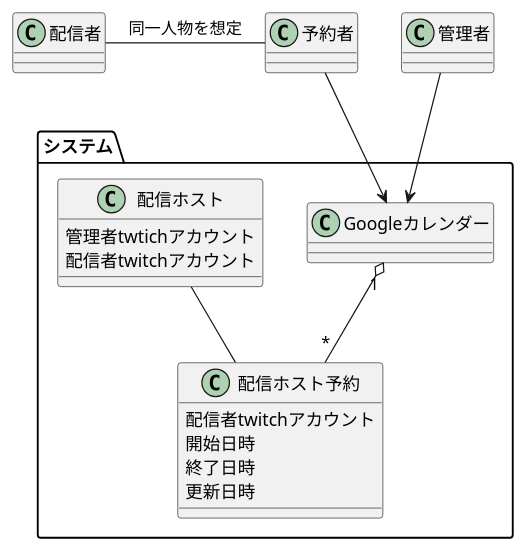
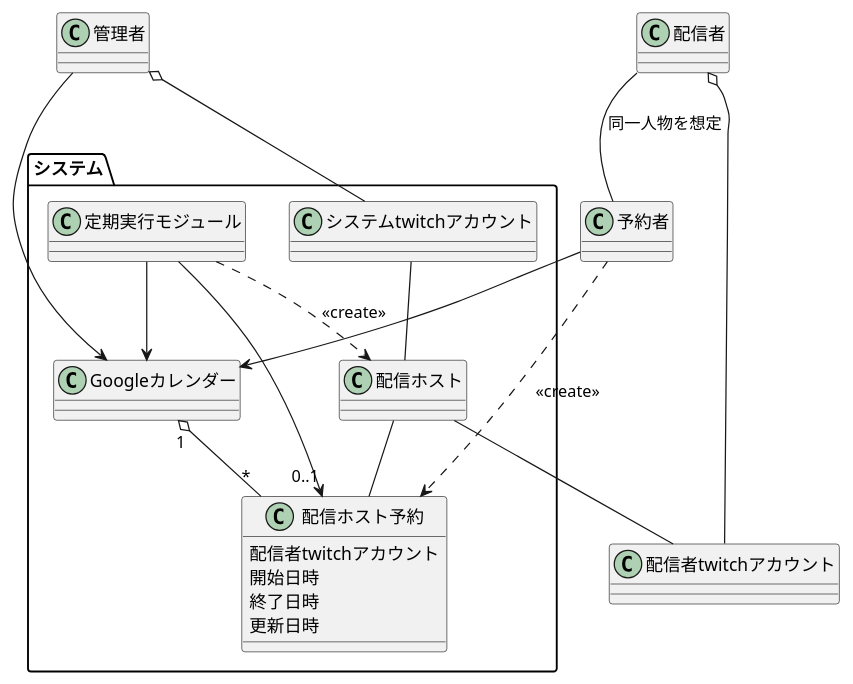
The diagram in domainmodel.md (wand2016/twitch_host_prototype), drawn with PlantUML before and after one commit. The commit also changed 1 other file, not shown here.

Commit message:
ユースケース記述、ドメインモデル修正

```diff
--- a/domainmodel.md
+++ b/domainmodel.md
@@ -1,36 +1,46 @@
 @startuml
 class 配信者
 
 class 予約者
 
 class 管理者
 
-配信者 -r- 予約者 : "同一人物を想定"
+配信者 -- 予約者 : "同一人物を想定"
 
 package システム {
    
   class Googleカレンダー
    
   class 配信ホスト予約 {
     配信者twitchアカウント
     開始日時
     終了日時
     更新日時
   }
    
   Googleカレンダー "1" o-- "*" 配信ホスト予約
    
    
-   
-  class 配信ホスト {
-    管理者twtichアカウント
-    配信者twitchアカウント
-  }
+  class 配信ホスト
+  class システムtwitchアカウント
+
+  システムtwitchアカウント -- 配信ホスト
+
+  class 定期実行モジュール
+
+  定期実行モジュール --> Googleカレンダー
+  定期実行モジュール --> "0..1" 配信ホスト予約
+  定期実行モジュール ..> 配信ホスト : "<<create>>"
 }
 
-   
+class 配信者twitchアカウント
+
+配信者 o-- 配信者twitchアカウント
+配信ホスト -- 配信者twitchアカウント
 配信ホスト -- 配信ホスト予約
    
 予約者 --> Googleカレンダー
+予約者 ..> 配信ホスト予約 : "<<create>>"
 管理者 --> Googleカレンダー
+管理者 o-- システムtwitchアカウント
 @enduml
```
